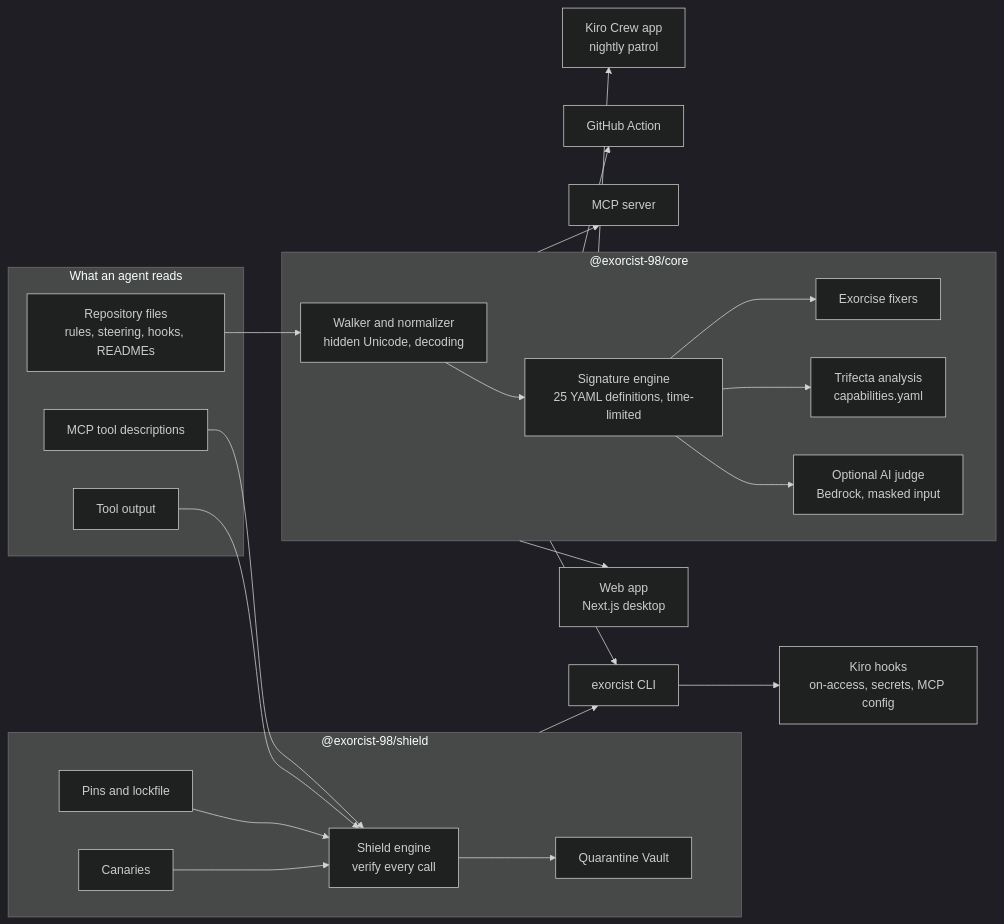
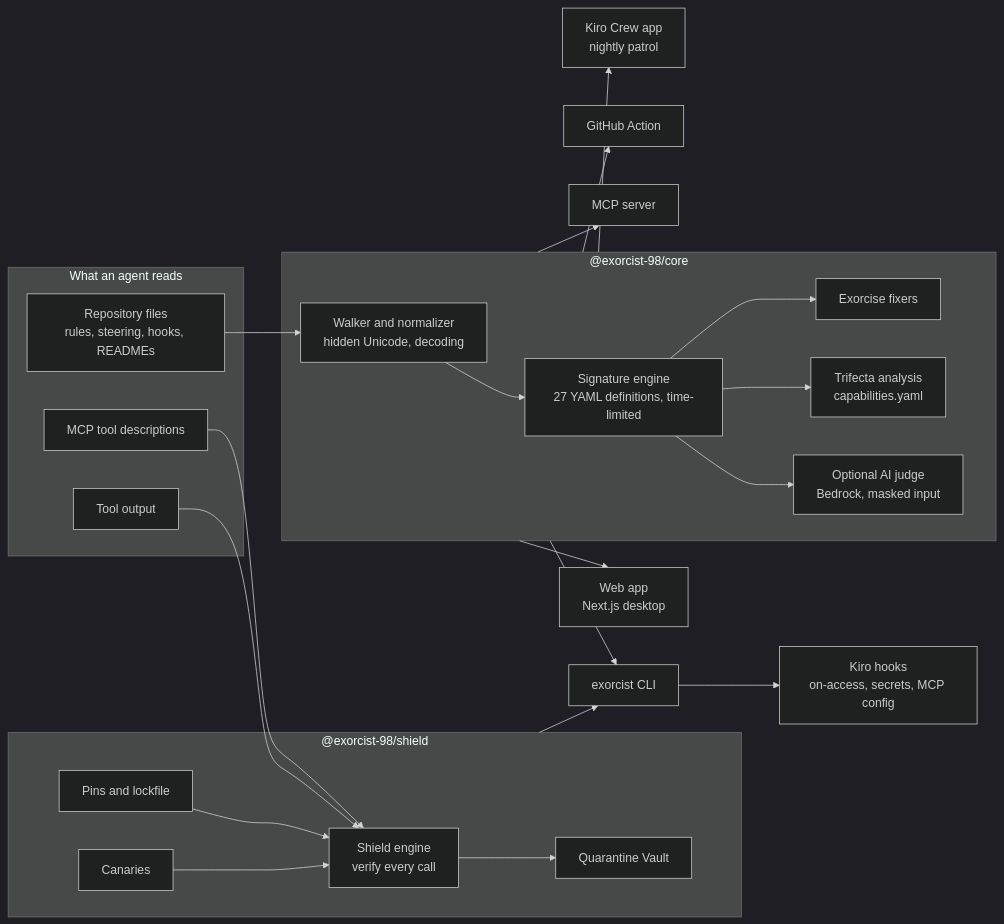
One commit to pranavsaji/exorcist-98 changed the diagram in README.md. Above: the diagram before and after it, drawn with Mermaid (dark theme). The commit also changed other lines of this file and 62 other files, not shown here.

````diff
--- a/README.md
+++ b/README.md
@@ -357,29 +361,29 @@
 ```mermaid
 flowchart LR
   subgraph Sources["What an agent reads"]
     R[Repository files<br/>rules, steering, hooks, READMEs]
     M[MCP tool descriptions]
     O[Tool output]
   end
   subgraph Core["@exorcist-98/core"]
-    W[Walker and normalizer<br/>hidden Unicode, decoding] --> S[Signature engine<br/>25 YAML definitions, time-limited]
+    W[Walker and normalizer<br/>hidden Unicode, decoding] --> S[Signature engine<br/>27 YAML definitions, time-limited]
     S --> J[Optional AI judge<br/>Bedrock, masked input]
     S --> T[Trifecta analysis<br/>capabilities.yaml]
     S --> X[Exorcise fixers]
   end
   subgraph Shield["@exorcist-98/shield"]
     P[Pins and lockfile] --> E[Shield engine<br/>verify every call]
     C[Canaries] --> E
     E --> V[Quarantine Vault]
   end
   R --> W
   M --> E
   O --> E
   Core --> Web[Web app<br/>Next.js desktop]
   Core --> CLI[exorcist CLI]
   Core --> MCPS[MCP server]
   Core --> GA[GitHub Action]
   CLI --> Hooks[Kiro hooks<br/>on-access, secrets, MCP config]
   Shield --> CLI
   Core --> Crew[Kiro Crew app<br/>nightly patrol]
 ```
````
